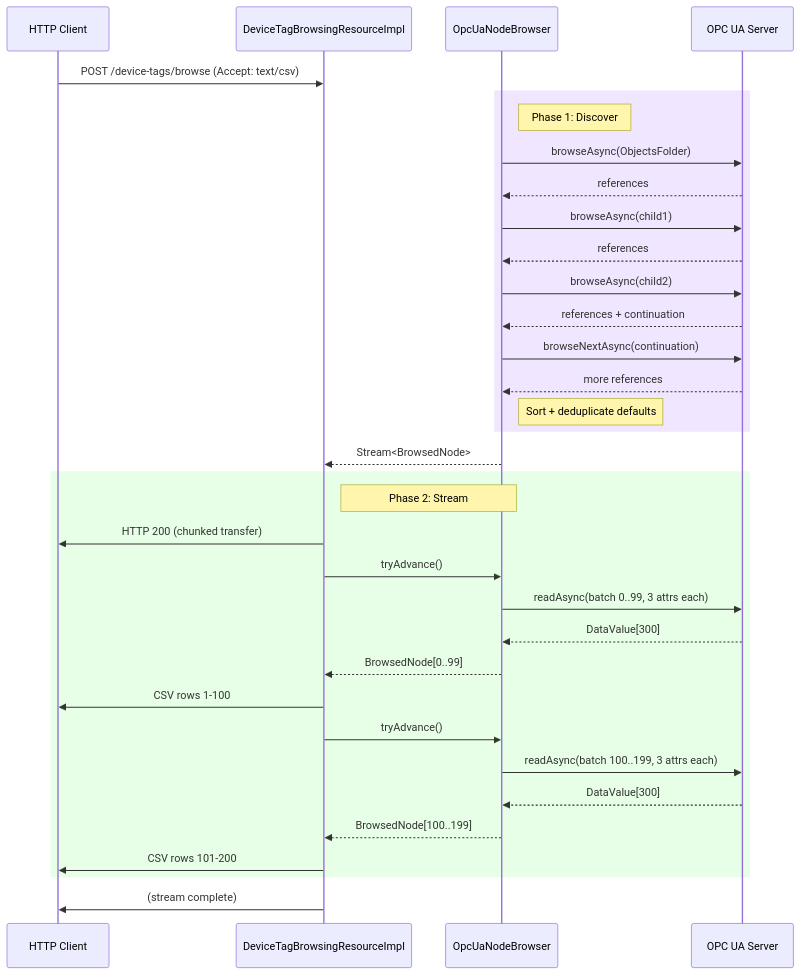
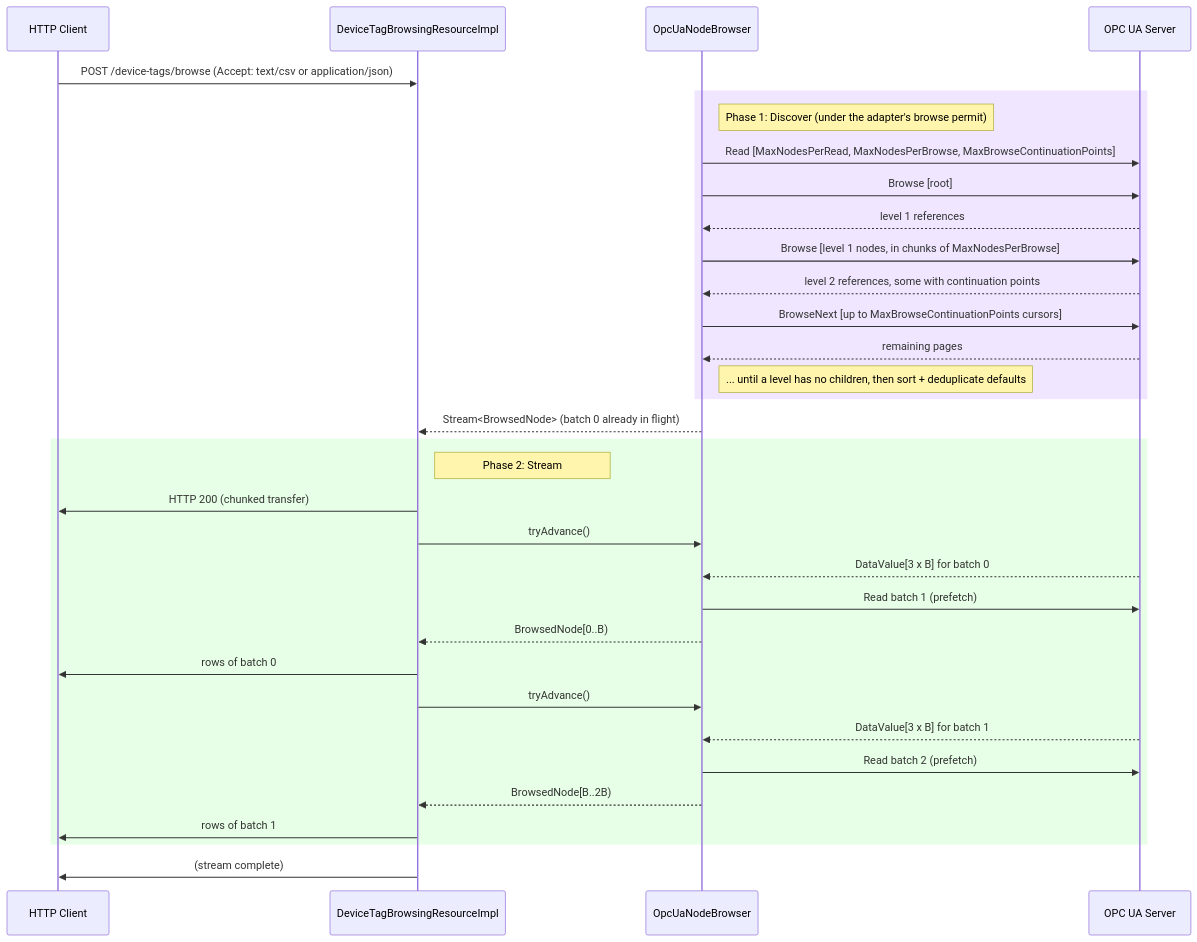
The fifth of 5 diagrams in modules/hivemq-edge-module-opcua/src/main/java/com/hivemq/edge/adapters/opcua/browse/OpcUaNodeBrowser.md (hivemq/hivemq-edge), drawn with Mermaid before and after one commit. The commit also changed other lines of this file and 22 other files, not shown here.

First line of the commit message:
EDG-1034 Houston: size OPC UA reads/browses to the server's operation limits, browse Variable children (#1759)

````diff
--- a/modules/hivemq-edge-module-opcua/src/main/java/com/hivemq/edge/adapters/opcua/browse/OpcUaNodeBrowser.md
+++ b/modules/hivemq-edge-module-opcua/src/main/java/com/hivemq/edge/adapters/opcua/browse/OpcUaNodeBrowser.md
@@ -229,42 +331,40 @@
 ```mermaid
 sequenceDiagram
     participant Client as HTTP Client
     participant REST as DeviceTagBrowsingResourceImpl
     participant Browser as OpcUaNodeBrowser
     participant PLC as OPC UA Server
 
-    Client->>REST: POST /device-tags/browse (Accept: text/csv)
+    Client->>REST: POST /device-tags/browse (Accept: text/csv or application/json)
 
     rect rgb(240, 230, 255)
-        note right of Browser: Phase 1: Discover
-        Browser->>PLC: browseAsync(ObjectsFolder)
-        PLC-->>Browser: references
-        Browser->>PLC: browseAsync(child1)
-        PLC-->>Browser: references
-        Browser->>PLC: browseAsync(child2)
-        PLC-->>Browser: references + continuation
-        Browser->>PLC: browseNextAsync(continuation)
-        PLC-->>Browser: more references
-        note right of Browser: Sort + deduplicate defaults
+        note right of Browser: Phase 1: Discover (under the adapter's browse permit)
+        Browser->>PLC: Read [MaxNodesPerRead, MaxNodesPerBrowse, MaxBrowseContinuationPoints]
+        Browser->>PLC: Browse [root]
+        PLC-->>Browser: level 1 references
+        Browser->>PLC: Browse [level 1 nodes, in chunks of MaxNodesPerBrowse]
+        PLC-->>Browser: level 2 references, some with continuation points
+        Browser->>PLC: BrowseNext [up to MaxBrowseContinuationPoints cursors]
+        PLC-->>Browser: remaining pages
+        note right of Browser: ... until a level has no children, then sort + deduplicate defaults
     end
 
-    Browser-->>REST: Stream<BrowsedNode>
+    Browser-->>REST: Stream<BrowsedNode> (batch 0 already in flight)
 
     rect rgb(230, 255, 230)
         note right of REST: Phase 2: Stream
         REST->>Client: HTTP 200 (chunked transfer)
         REST->>Browser: tryAdvance()
-        Browser->>PLC: readAsync(batch 0..99, 3 attrs each)
-        PLC-->>Browser: DataValue[300]
-        Browser-->>REST: BrowsedNode[0..99]
-        REST->>Client: CSV rows 1-100
-
+        PLC-->>Browser: DataValue[3 x B] for batch 0
+        Browser->>PLC: Read batch 1 (prefetch)
+        Browser-->>REST: BrowsedNode[0..B)
+        REST->>Client: rows of batch 0
         REST->>Browser: tryAdvance()
-        Browser->>PLC: readAsync(batch 100..199, 3 attrs each)
-        PLC-->>Browser: DataValue[300]
-        Browser-->>REST: BrowsedNode[100..199]
-        REST->>Client: CSV rows 101-200
+        PLC-->>Browser: DataValue[3 x B] for batch 1
+        Browser->>PLC: Read batch 2 (prefetch)
+        Browser-->>REST: BrowsedNode[B..2B)
+        REST->>Client: rows of batch 1
     end
 
     REST->>Client: (stream complete)
 ```
````
